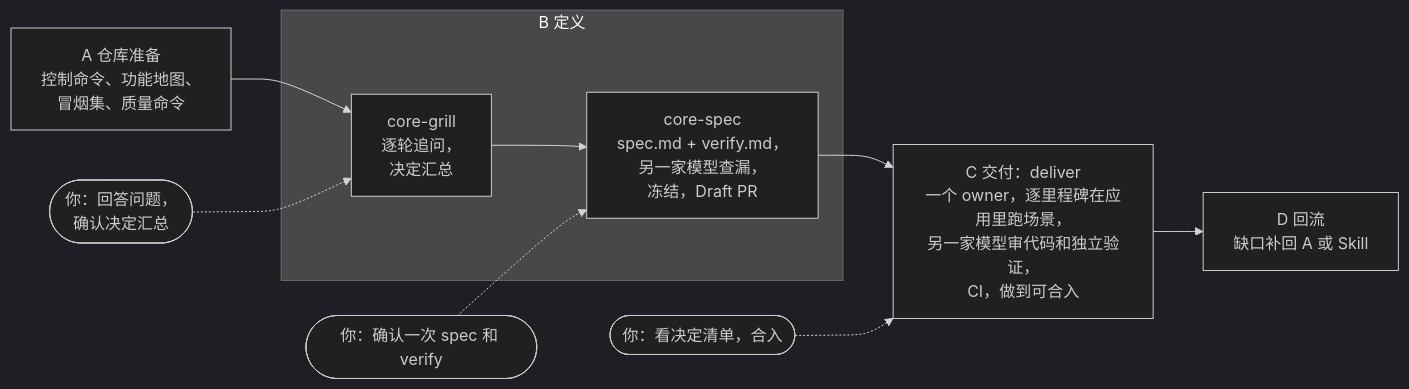
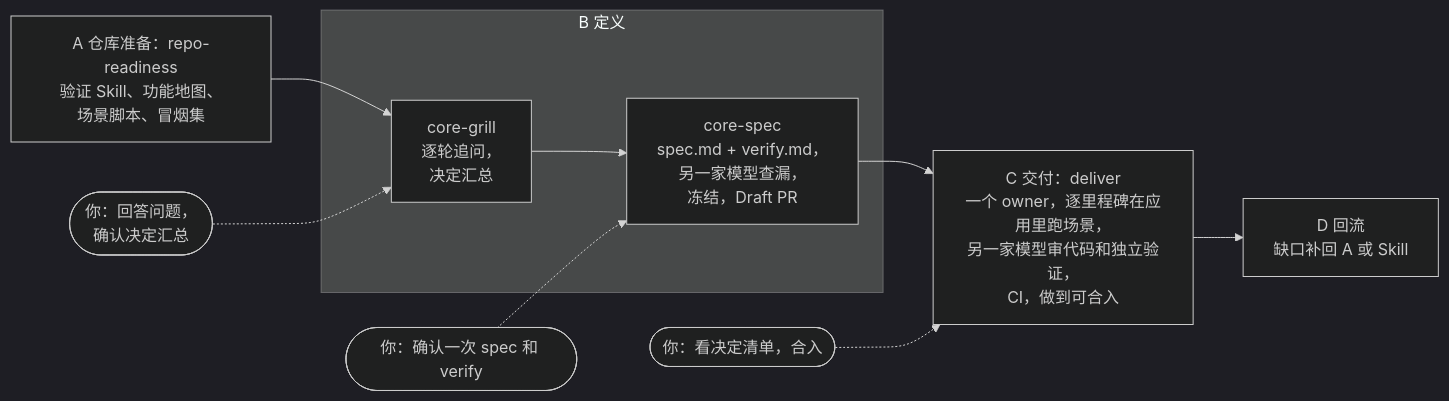
Before and after one commit to coder-xieshijie/dev-skills: the diagram in README.zh-CN.md, drawn with Mermaid (dark theme). The commit also changed other lines of this file and 4 other files, not shown here.

First line of the commit message:
docs: put repo-readiness at stage A of the workflow

````diff
--- a/README.zh-CN.md
+++ b/README.zh-CN.md
@@ -13,12 +13,12 @@
 ```mermaid
 flowchart LR
-    A["A 仓库准备<br/>控制命令、功能地图、<br/>冒烟集、质量命令"] --> B1
+    A["A 仓库准备：repo-readiness<br/>验证 Skill、功能地图、<br/>场景脚本、冒烟集"] --> B1
     subgraph B["B 定义"]
         B1["core-grill<br/>逐轮追问，<br/>决定汇总"] --> B2["core-spec<br/>spec.md + verify.md，<br/>另一家模型查漏，<br/>冻结，Draft PR"]
     end
     B2 --> C["C 交付：deliver<br/>一个 owner，逐里程碑在应用里跑场景，<br/>另一家模型审代码和独立验证，<br/>CI，做到可合入"]
     C --> D["D 回流<br/>缺口补回 A 或 Skill"]
     H1(["你：回答问题，<br/>确认决定汇总"]) -.-> B1
     H2(["你：确认一次 spec 和 verify"]) -.-> B2
     H3(["你：看决定清单，合入"]) -.-> C
 ```
````
